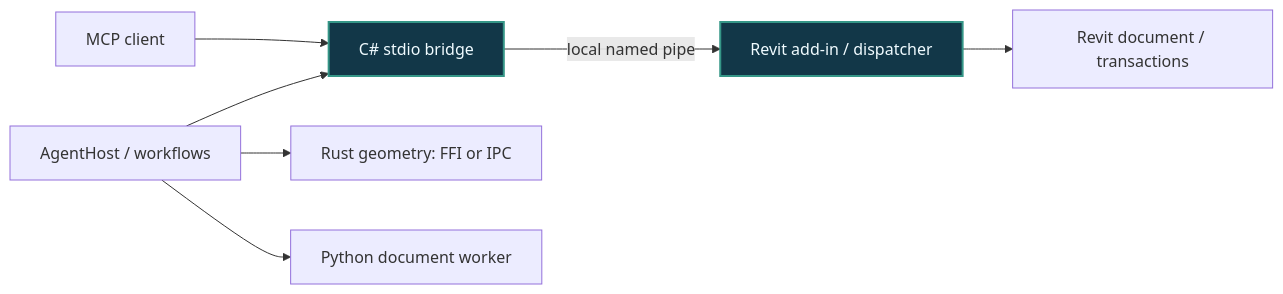
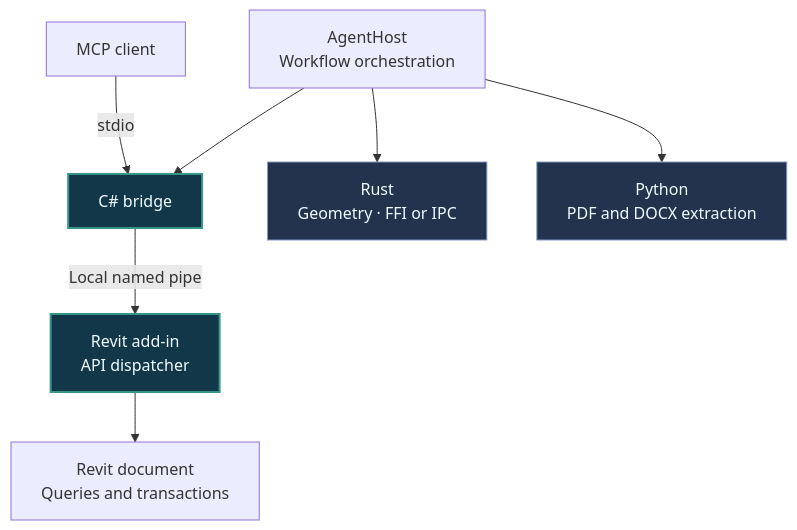
Before and after one commit to Jimjo2n/bimbridge-power-engine: the first of 2 diagrams in README.md, drawn with Mermaid. The commit also changed other lines of this file and 2 other files, not shown here.

````diff
--- a/README.md
+++ b/README.md
@@ -15,14 +21,15 @@
 ```mermaid
-flowchart LR
-  accTitle: BIMBRIDGE architecture
-  accDescr: Revit requests travel through the local C# bridge. AgentHost also connects to Rust and Python workers.
-  Client["MCP client"] --> Bridge["C# stdio bridge"]
-  Bridge -->|"local named pipe"| Addin["Revit add-in / dispatcher"]
-  Addin --> Model["Revit document / transactions"]
-  Host["AgentHost / workflows"] --> Bridge
-  Host --> Rust["Rust geometry: FFI or IPC"]
-  Host --> Python["Python document worker"]
-
+flowchart TB
+  accTitle: BIMBRIDGE system architecture
+  accDescr: The MCP client connects to a C sharp bridge. The bridge communicates with the Revit add-in through a local named pipe. AgentHost uses the bridge and the specialized Rust and Python workers.
+  Client["MCP client"] -->|"stdio"| Bridge["C# bridge"]
+  Host["AgentHost<br/>Workflow orchestration"] --> Bridge
+  Bridge -->|"Local named pipe"| Addin["Revit add-in<br/>API dispatcher"]
+  Addin --> Model["Revit document<br/>Queries and transactions"]
+  Host --> Rust["Rust<br/>Geometry · FFI or IPC"]
+  Host --> Python["Python<br/>PDF and DOCX extraction"]
   classDef engine fill:#123748,stroke:#359687,color:#f0fbff,stroke-width:2px
+  classDef worker fill:#23334d,stroke:#829ac7,color:#f0fbff
   class Bridge,Addin engine
+  class Rust,Python worker
 ```
````
